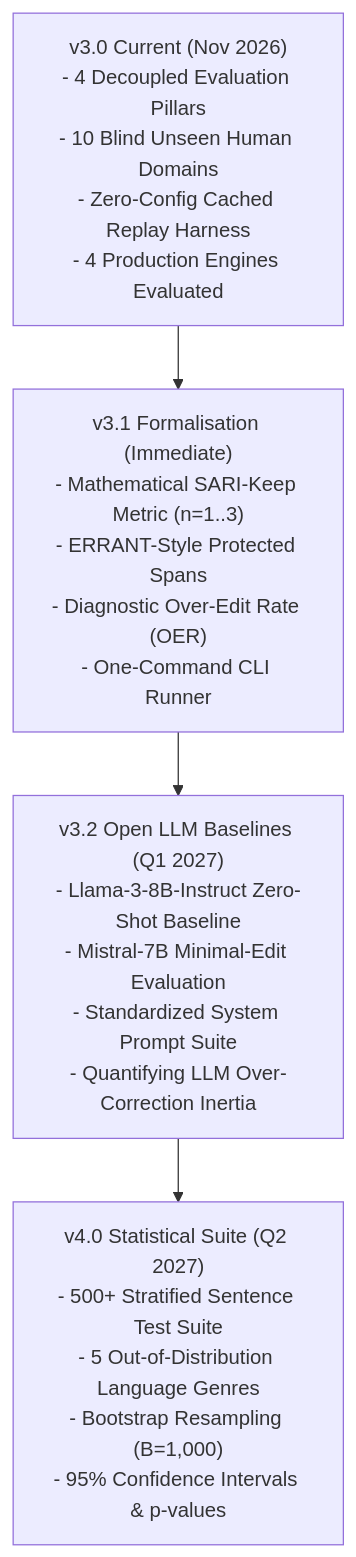
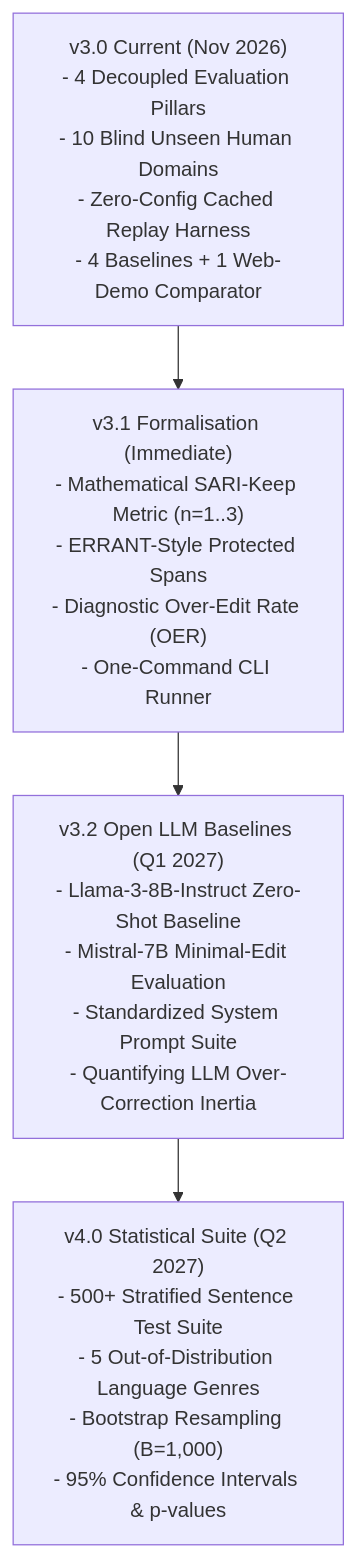
One commit to IBIYP/voice-preserving-ai-spellcheck-benchmark changed the second of 2 diagrams in ROADMAP.md. Above: the diagram before and after it, drawn with Mermaid. The commit also changed other lines of this file and 18 other files, not shown here.

First line of the commit message:
Publish Sapling and JSpell web-demo benchmark results

````diff
--- a/ROADMAP.md
+++ b/ROADMAP.md
@@ -29,11 +29,11 @@
 ```mermaid
 flowchart TD
-    v30["v3.0 Current (Nov 2026)<br>- 4 Decoupled Evaluation Pillars<br>- 10 Blind Unseen Human Domains<br>- Zero-Config Cached Replay Harness<br>- 4 Production Engines Evaluated"]
+    v30["v3.0 Current (Nov 2026)<br>- 4 Decoupled Evaluation Pillars<br>- 10 Blind Unseen Human Domains<br>- Zero-Config Cached Replay Harness<br>- 4 Baselines + 1 Web-Demo Comparator"]
     v31["v3.1 Formalisation (Immediate)<br>- Mathematical SARI-Keep Metric (n=1..3)<br>- ERRANT-Style Protected Spans<br>- Diagnostic Over-Edit Rate (OER)<br>- One-Command CLI Runner"]
     v32["v3.2 Open LLM Baselines (Q1 2027)<br>- Llama-3-8B-Instruct Zero-Shot Baseline<br>- Mistral-7B Minimal-Edit Evaluation<br>- Standardized System Prompt Suite<br>- Quantifying LLM Over-Correction Inertia"]
     v40["v4.0 Statistical Suite (Q2 2027)<br>- 500+ Stratified Sentence Test Suite<br>- 5 Out-of-Distribution Language Genres<br>- Bootstrap Resampling (B=1,000)<br>- 95% Confidence Intervals & p-values"]
 
     v30 --> v31
     v31 --> v32
     v32 --> v40
 ```
````
